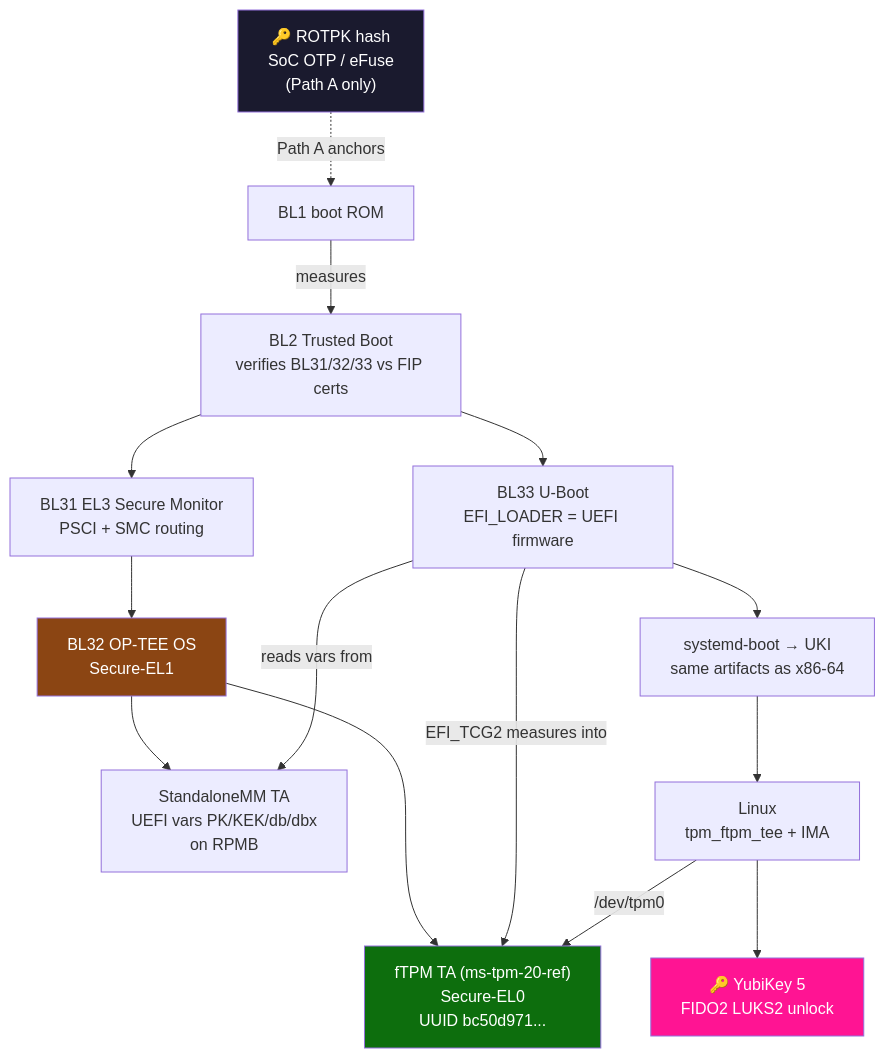
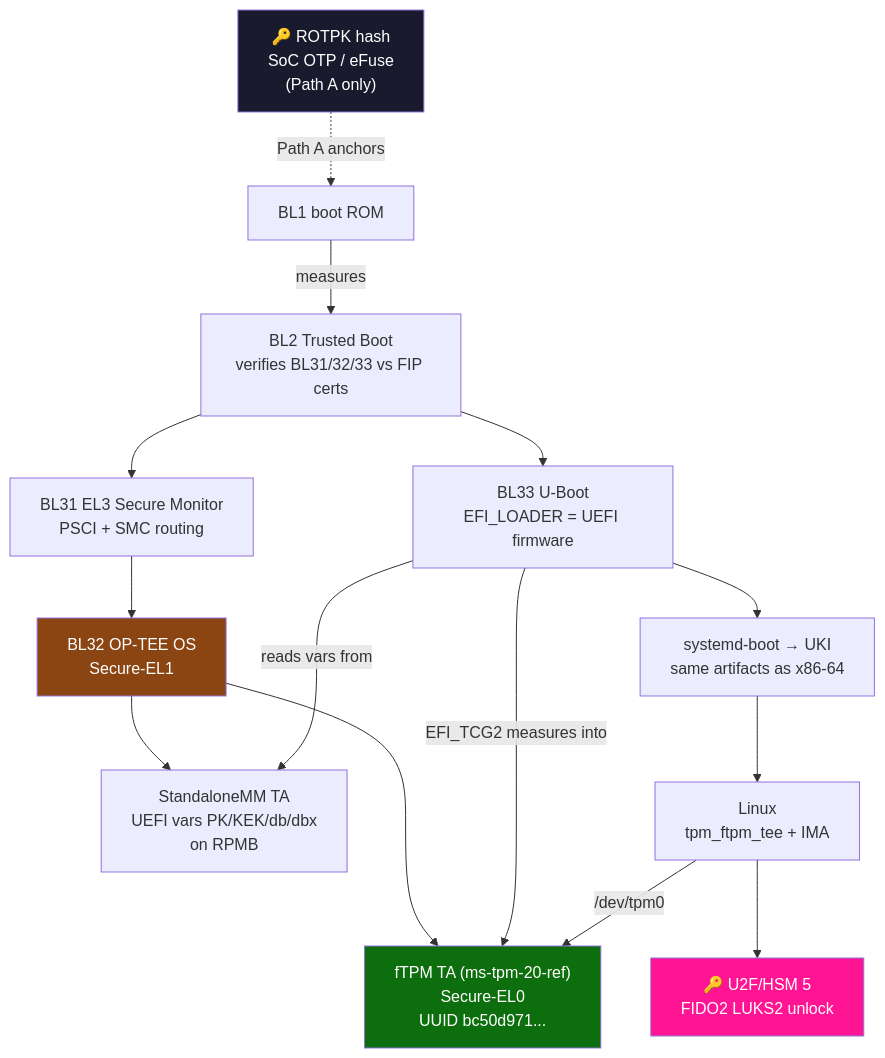
The third of 12 diagrams in docs/ARCHITECTURE.md (yubi-OS/yubiOS), drawn with Mermaid before and after one commit. The commit also changed other lines of this file and 292 other files, not shown here.

Commit message:
chore(repo): replace YubiKey/Yubikey/yubikey references with U2F/HSM across docs, scripts, tests, and workflows

````diff
--- a/docs/ARCHITECTURE.md
+++ b/docs/ARCHITECTURE.md
@@ -111,31 +111,31 @@
 ```mermaid
 graph TD
     ROTPK["🔑 ROTPK hash\nSoC OTP / eFuse\n(Path A only)"]
     BL1["BL1 boot ROM"]
     BL2["BL2 Trusted Boot\nverifies BL31/32/33 vs FIP certs"]
     BL31["BL31 EL3 Secure Monitor\nPSCI + SMC routing"]
     BL32["BL32 OP-TEE OS\nSecure-EL1"]
     FTPM["fTPM TA (ms-tpm-20-ref)\nSecure-EL0\nUUID bc50d971..."]
     STMM["StandaloneMM TA\nUEFI vars PK/KEK/db/dbx\non RPMB"]
     UBOOT["BL33 U-Boot\nEFI_LOADER = UEFI firmware"]
     SDB["systemd-boot → UKI\nsame artifacts as x86-64"]
     LINUX["Linux\ntpm_ftpm_tee + IMA"]
-    YK["🔑 YubiKey 5\nFIDO2 LUKS2 unlock"]
+    YK["🔑 U2F/HSM 5\nFIDO2 LUKS2 unlock"]
 
     ROTPK -.->|Path A anchors| BL1
     BL1 -->|measures| BL2
     BL2 --> BL31 --> BL32
     BL32 --> FTPM
     BL32 --> STMM
     BL2 --> UBOOT
     UBOOT -->|EFI_TCG2 measures into| FTPM
     UBOOT -->|reads vars from| STMM
     UBOOT --> SDB --> LINUX
     LINUX -->|/dev/tpm0| FTPM
     LINUX --> YK
 
     style FTPM fill:#0d6e0d,color:#fff
     style YK fill:#ff1493,color:#fff
     style BL32 fill:#8b4513,color:#fff
     style ROTPK fill:#1a1a2e,color:#fff
 ```
````
